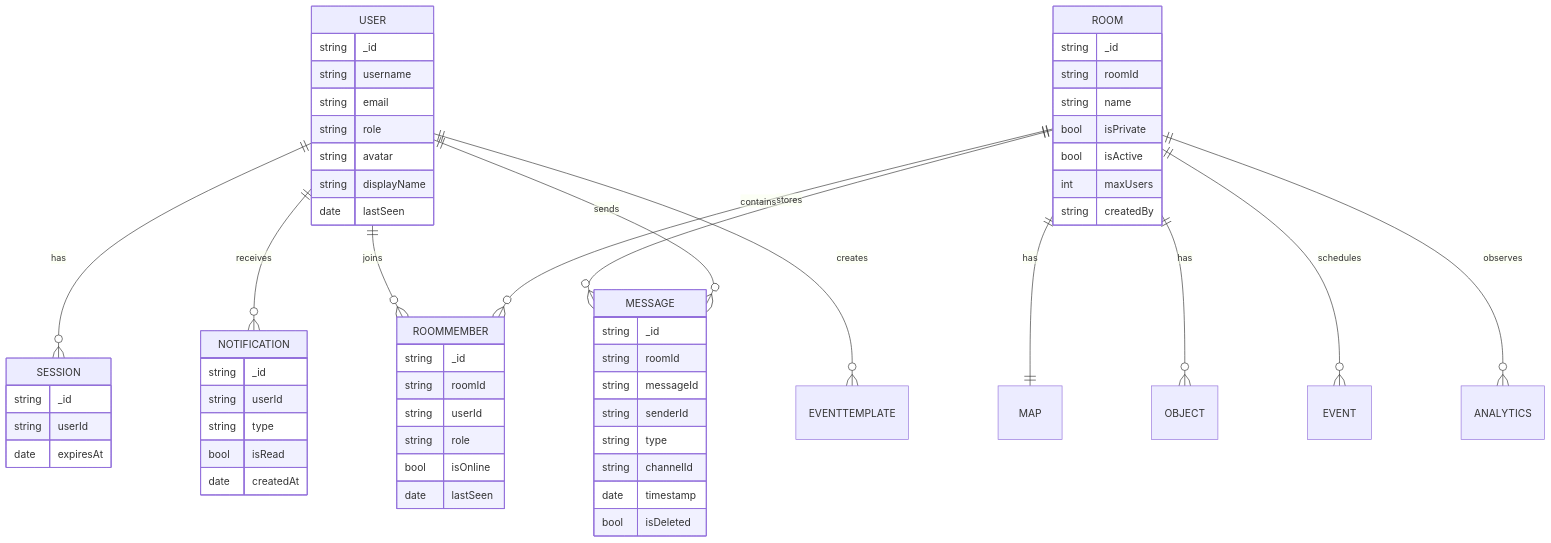
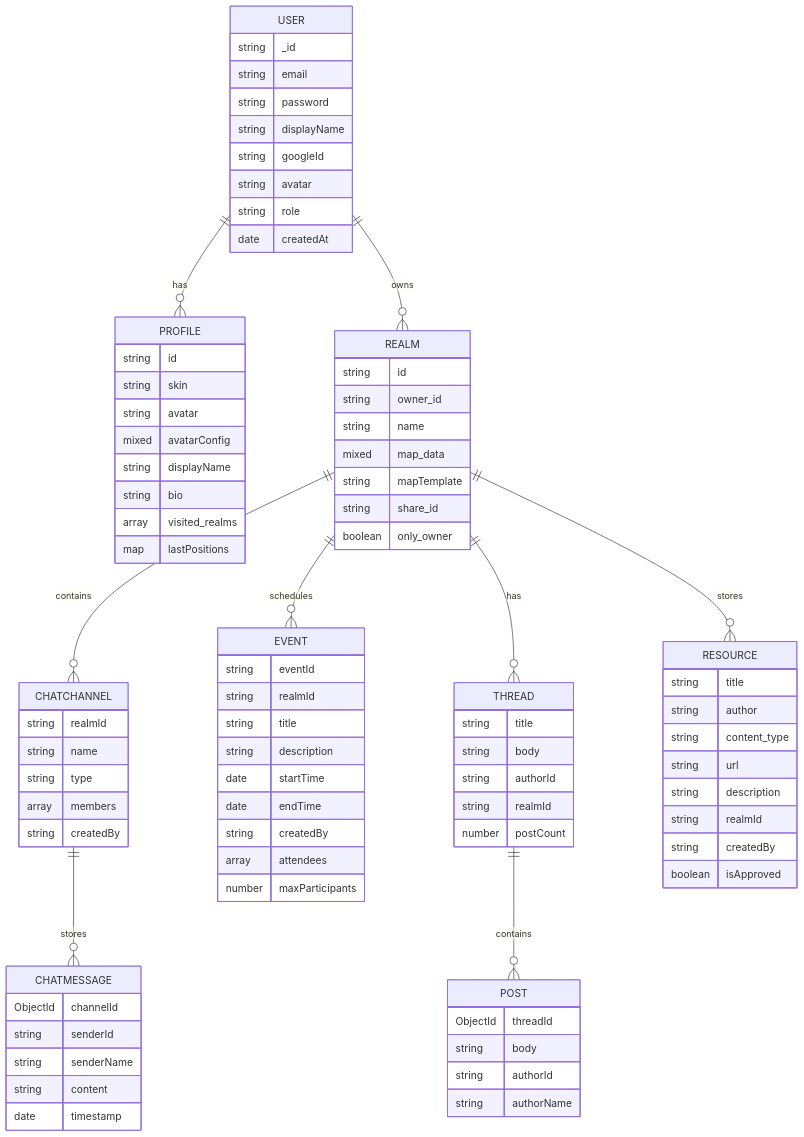
Before and after one commit to BanhVanTranPhat/gather3.0: the seventh of 7 diagrams in doc/SRS.md, drawn with Mermaid. The commit also changed other lines of this file and 590 other files, not shown here.

````diff
--- a/doc/SRS.md
+++ b/doc/SRS.md
@@ -1187,63 +675,89 @@
 ```mermaid
 erDiagram
-  USER ||--o{ SESSION : has
-  USER ||--o{ NOTIFICATION : receives
-  USER ||--o{ ROOMMEMBER : joins
-  ROOM ||--o{ ROOMMEMBER : contains
-  ROOM ||--|| MAP : has
-  ROOM ||--o{ OBJECT : has
-  ROOM ||--o{ EVENT : schedules
-  ROOM ||--o{ MESSAGE : stores
-  USER ||--o{ MESSAGE : sends
-  USER ||--o{ EVENTTEMPLATE : creates
-  ROOM ||--o{ ANALYTICS : observes
+  USER ||--o{ PROFILE : has
+  USER ||--o{ REALM : owns
+  REALM ||--o{ CHATCHANNEL : contains
+  CHATCHANNEL ||--o{ CHATMESSAGE : stores
+  REALM ||--o{ EVENT : schedules
+  REALM ||--o{ THREAD : has
+  THREAD ||--o{ POST : contains
+  REALM ||--o{ RESOURCE : stores
 
   USER {
     string _id
-    string username
     string email
+    string password
+    string displayName
+    string googleId
+    string avatar
     string role
+    date createdAt
+  }
+  PROFILE {
+    string id
+    string skin
     string avatar
+    mixed avatarConfig
     string displayName
-    date lastSeen
+    string bio
+    array visited_realms
+    map lastPositions
   }
-  ROOM {
-    string _id
-    string roomId
+  REALM {
+    string id
+    string owner_id
     string name
-    bool isPrivate
-    bool isActive
-    int maxUsers
+    mixed map_data
+    string mapTemplate
+    string share_id
+    boolean only_owner
+  }
+  CHATCHANNEL {
+    string realmId
+    string name
+    string type
+    array members
     string createdBy
   }
-  ROOMMEMBER {
-    string _id
-    string roomId
-    string userId
-    string role
-    bool isOnline
-    date lastSeen
+  CHATMESSAGE {
+    ObjectId channelId
+    string senderId
+    string senderName
+    string content
+    date timestamp
   }
-  MESSAGE {
-    string _id
-    string roomId
-    string messageId
-    string senderId
-    string type
-    string channelId
-    date timestamp
-    bool isDeleted
+  EVENT {
+    string eventId
+    string realmId
+    string title
+    string description
+    date startTime
+    date endTime
+    string createdBy
+    array attendees
+    number maxParticipants
   }
-  SESSION {
-    string _id
-    string userId
-    date expiresAt
+  THREAD {
+    string title
+    string body
+    string authorId
+    string realmId
+    number postCount
   }
-  NOTIFICATION {
-    string _id
-    string userId
-    string type
-    bool isRead
-    date createdAt
+  POST {
+    ObjectId threadId
+    string body
+    string authorId
+    string authorName
+  }
+  RESOURCE {
+    string title
+    string author
+    string content_type
+    string url
+    string description
+    string realmId
+    string createdBy
+    boolean isApproved
   }
 ```
````
